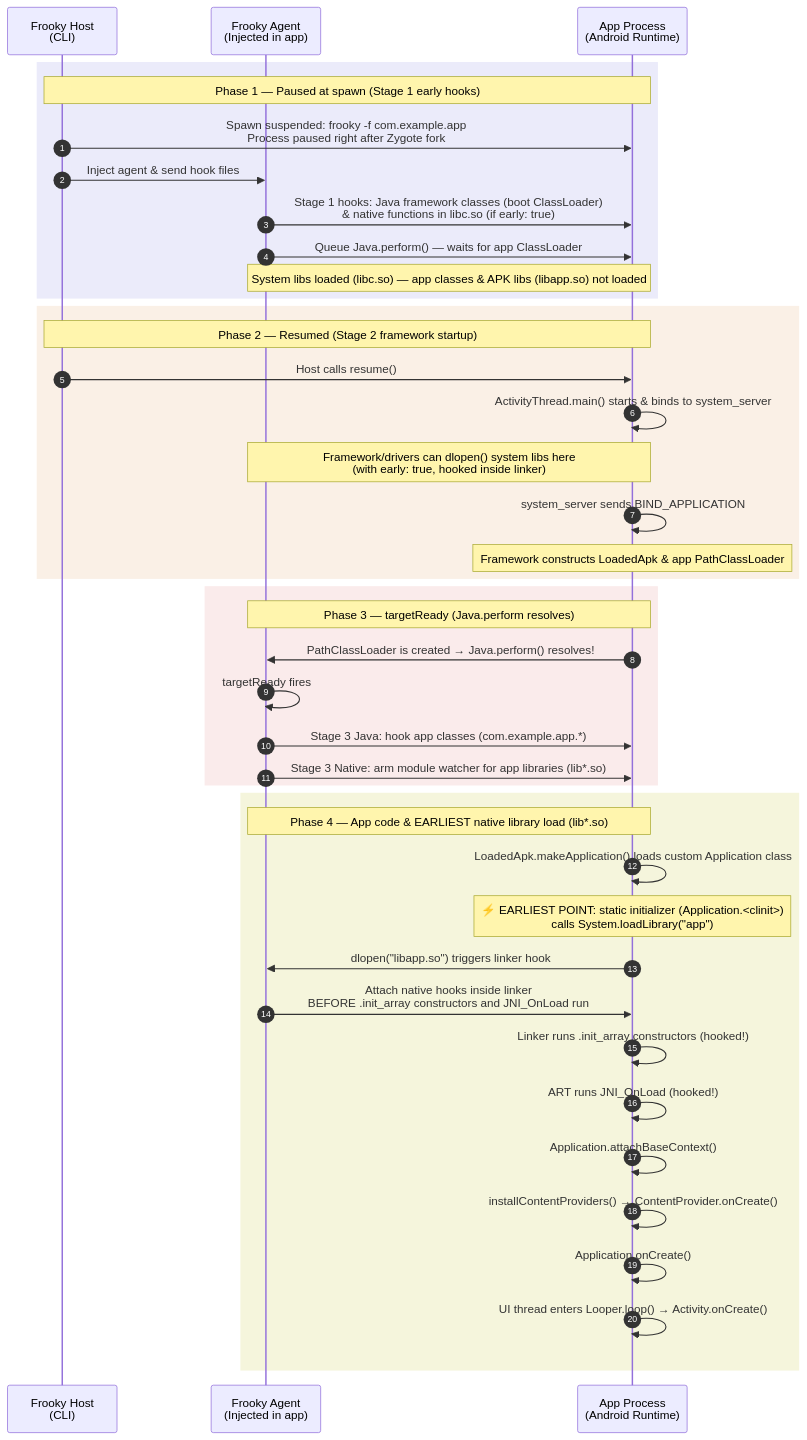
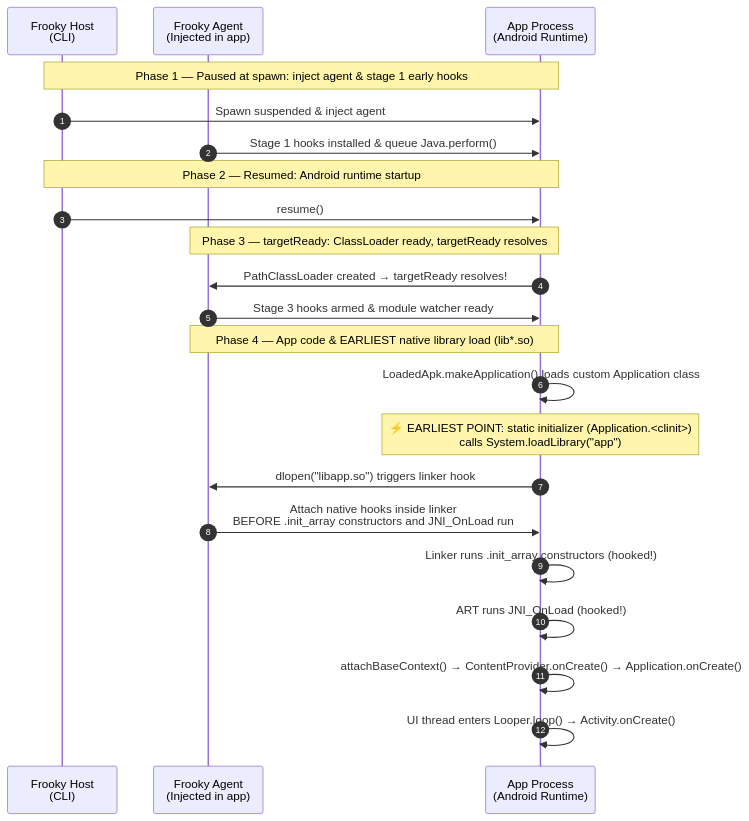
The eighth of 13 diagrams in docs/under-the-hood.md (bernhste/frooky), drawn with Mermaid before and after one commit.

Commit message:
updated init graph

````diff
--- a/docs/under-the-hood.md
+++ b/docs/under-the-hood.md
@@ -418,47 +418,28 @@
 ```mermaid
 sequenceDiagram
     autonumber
     participant Host as Frooky Host<br/>(CLI)
     participant Agent as Frooky Agent<br/>(Injected in app)
     participant App as App Process<br/>(Android Runtime)
 
-    rect rgb(235, 235, 250)
-    Note over Host,App: Phase 1 — Paused at spawn (Stage 1 early hooks)
-    Host->>App: Spawn suspended: frooky -f com.example.app<br/>Process paused right after Zygote fork
-    Host->>Agent: Inject agent & send hook files
-    Agent->>App: Stage 1 hooks: Java framework classes (boot ClassLoader)<br/>& native functions in libc.so (if early: true)
-    Agent->>App: Queue Java.perform() — waits for app ClassLoader
-    Note over Agent,App: System libs loaded (libc.so) — app classes & APK libs (libapp.so) not loaded
-    end
+    Note over Host,App: Phase 1 — Paused at spawn: inject agent & stage 1 early hooks
+    Host->>App: Spawn suspended & inject agent
+    Agent->>App: Stage 1 hooks installed & queue Java.perform()
 
-    rect rgb(250, 240, 230)
-    Note over Host,App: Phase 2 — Resumed (Stage 2 framework startup)
-    Host->>App: Host calls resume()
-    App->>App: ActivityThread.main() starts & binds to system_server
-    Note over Agent,App: Framework/drivers can dlopen() system libs here<br/>(with early: true, hooked inside linker)
-    App->>App: system_server sends BIND_APPLICATION
-    Note over App: Framework constructs LoadedApk & app PathClassLoader
-    end
+    Note over Host,App: Phase 2 — Resumed: Android runtime startup
+    Host->>App: resume()
 
-    rect rgb(250, 235, 235)
-    Note over Agent,App: Phase 3 — targetReady (Java.perform resolves)
-    App->>Agent: PathClassLoader is created → Java.perform() resolves!
-    Agent->>Agent: targetReady fires
-    Agent->>App: Stage 3 Java: hook app classes (com.example.app.*)
-    Agent->>App: Stage 3 Native: arm module watcher for app libraries (lib*.so)
-    end
+    Note over Agent,App: Phase 3 — targetReady: ClassLoader ready, targetReady resolves
+    App->>Agent: PathClassLoader created → targetReady resolves!
+    Agent->>App: Stage 3 hooks armed & module watcher ready
 
-    rect rgb(245, 245, 220)
     Note over Agent,App: Phase 4 — App code & EARLIEST native library load (lib*.so)
     App->>App: LoadedApk.makeApplication() loads custom Application class
     Note over App: ⚡ EARLIEST POINT: static initializer (Application.<clinit>)<br/>calls System.loadLibrary("app")
     App->>Agent: dlopen("libapp.so") triggers linker hook
     Agent->>App: Attach native hooks inside linker<br/>BEFORE .init_array constructors and JNI_OnLoad run
     App->>App: Linker runs .init_array constructors (hooked!)
     App->>App: ART runs JNI_OnLoad (hooked!)
-    App->>App: Application.attachBaseContext()
-    App->>App: installContentProviders() → ContentProvider.onCreate()
-    App->>App: Application.onCreate()
+    App->>App: attachBaseContext() → ContentProvider.onCreate() → Application.onCreate()
     App->>App: UI thread enters Looper.loop() → Activity.onCreate()
-    end
 ```
````
